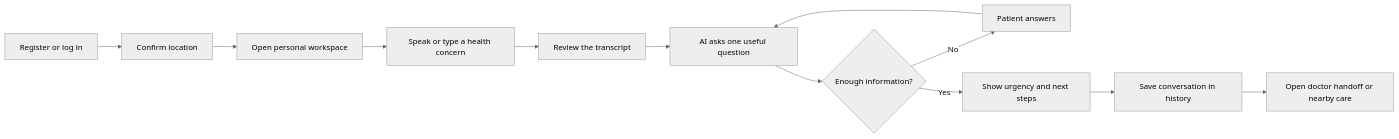
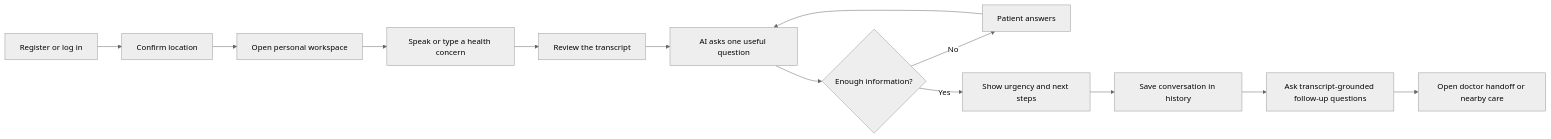
The first of 6 diagrams in README.md (Kheem-Dh/Nabz---AI-Hackathon-Alibaba), drawn with Mermaid (neutral theme) before and after one commit. The commit also changed other lines of this file and 16 other files, not shown here.

````diff
--- a/README.md
+++ b/README.md
@@ -29,14 +29,15 @@
 ```mermaid
 flowchart LR
     A[Register or log in] --> B[Confirm location]
     B --> C[Open personal workspace]
     C --> D[Speak or type a health concern]
     D --> E[Review the transcript]
     E --> F[AI asks one useful question]
     F --> G{Enough information?}
     G -- No --> H[Patient answers]
     H --> F
     G -- Yes --> I[Show urgency and next steps]
     I --> J[Save conversation in history]
-    J --> K[Open doctor handoff or nearby care]
+    J --> K[Ask transcript-grounded follow-up questions]
+    K --> L[Open doctor handoff or nearby care]
 ```
````
